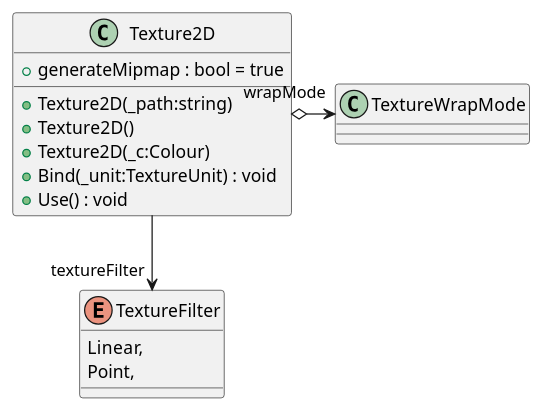
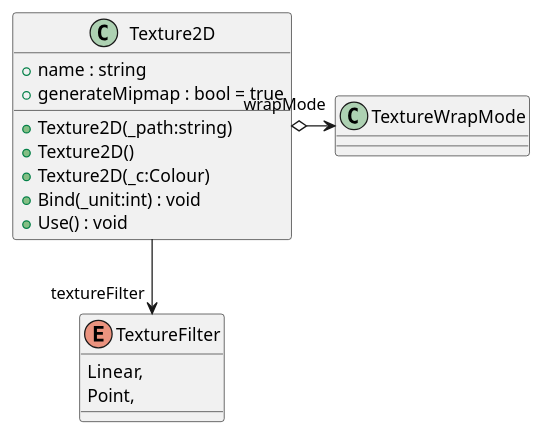
One commit to Zaephus/GraphicsProgramming changed the diagram in UML/Core/Graphics/Texture2D.puml. Above: the diagram before and after it, drawn with PlantUML. The commit also changed 44 other files, not shown here.

Commit message:
Generate UML (Generate UML)

```diff
--- a/UML/Core/Graphics/Texture2D.puml
+++ b/UML/Core/Graphics/Texture2D.puml
@@ -1,16 +1,17 @@
 @startuml
 enum TextureFilter {
     Linear,
     Point,
 }
 class Texture2D {
+    + name : string
     + generateMipmap : bool = true
     + Texture2D(_path:string)
     + Texture2D()
     + Texture2D(_c:Colour)
-    + Bind(_unit:TextureUnit) : void
+    + Bind(_unit:int) : void
     + Use() : void
 }
 Texture2D --> "textureFilter" TextureFilter
 Texture2D o-> "wrapMode" TextureWrapMode
 @enduml
```
